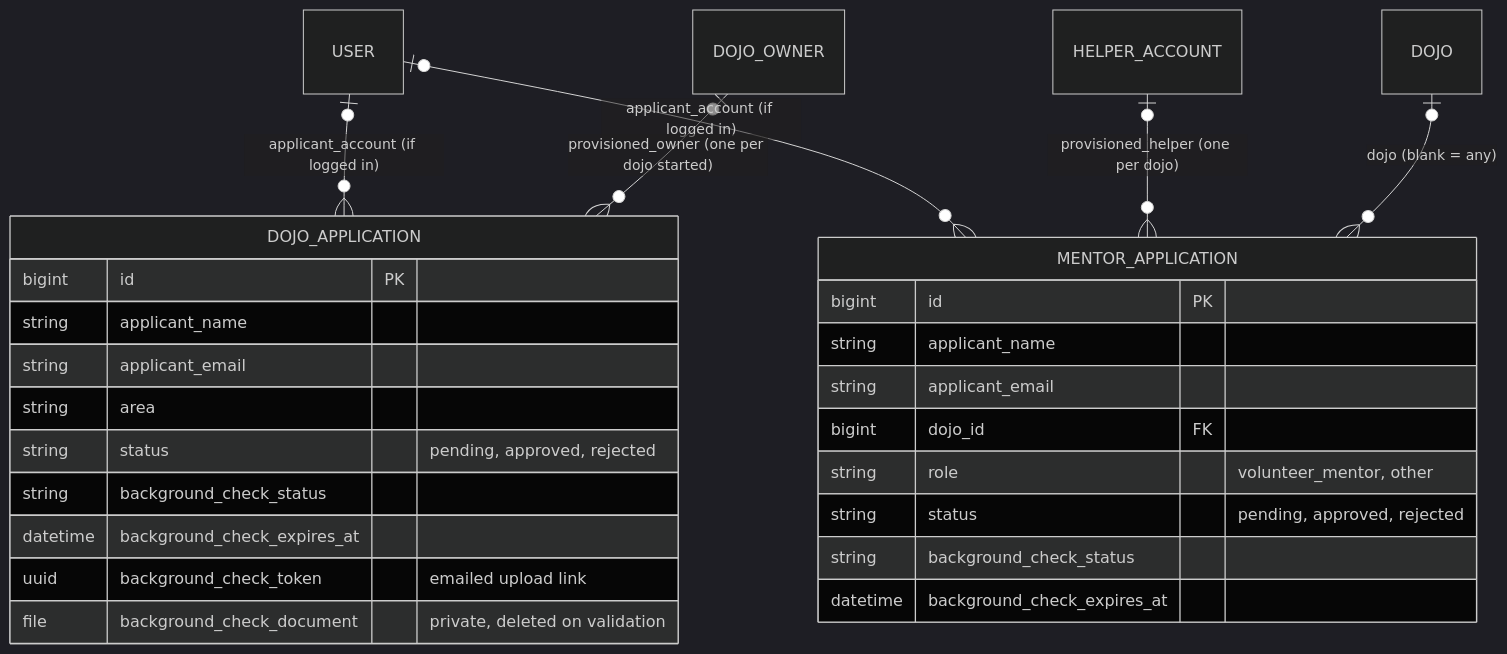
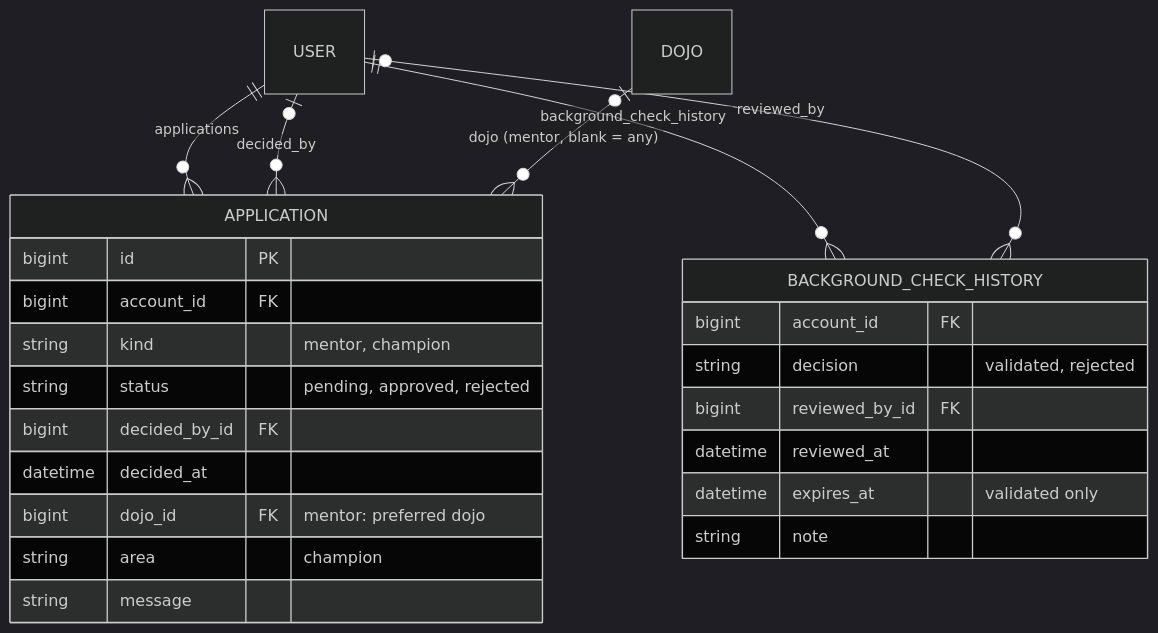
One commit to DoublG/coderdojo-event-registration changed the eighth of 20 diagrams in DATA_MODEL.md. Above: the diagram before and after it, drawn with Mermaid (dark theme). The commit also changed other lines of this file and 56 other files, not shown here.

````diff
--- a/DATA_MODEL.md
+++ b/DATA_MODEL.md
@@ -360,30 +348,28 @@
 ```mermaid
 erDiagram
-    USER |o--o{ DOJO_APPLICATION : "applicant_account (if logged in)"
-    USER |o--o{ MENTOR_APPLICATION : "applicant_account (if logged in)"
-    DOJO_OWNER |o--o{ DOJO_APPLICATION : "provisioned_owner (one per dojo started)"
-    HELPER_ACCOUNT |o--o{ MENTOR_APPLICATION : "provisioned_helper (one per dojo)"
-    DOJO |o--o{ MENTOR_APPLICATION : "dojo (blank = any)"
+    USER ||--o{ APPLICATION : "applications"
+    USER ||--o{ BACKGROUND_CHECK_HISTORY : "background_check_history"
+    USER |o--o{ BACKGROUND_CHECK_HISTORY : "reviewed_by"
+    USER |o--o{ APPLICATION : "decided_by"
+    DOJO |o--o{ APPLICATION : "dojo (mentor, blank = any)"
 
-    DOJO_APPLICATION {
+    APPLICATION {
         bigint id PK
-        string applicant_name
-        string applicant_email
-        string area
+        bigint account_id FK
+        string kind "mentor, champion"
         string status "pending, approved, rejected"
-        string background_check_status
-        datetime background_check_expires_at
-        uuid background_check_token "emailed upload link"
-        file background_check_document "private, deleted on validation"
+        bigint decided_by_id FK
+        datetime decided_at
+        bigint dojo_id FK "mentor: preferred dojo"
+        string area "champion"
+        string message
     }
-    MENTOR_APPLICATION {
-        bigint id PK
-        string applicant_name
-        string applicant_email
-        bigint dojo_id FK
-        string role "volunteer_mentor, other"
-        string status "pending, approved, rejected"
-        string background_check_status
-        datetime background_check_expires_at
+    BACKGROUND_CHECK_HISTORY {
+        bigint account_id FK
+        string decision "validated, rejected"
+        bigint reviewed_by_id FK
+        datetime reviewed_at
+        datetime expires_at "validated only"
+        string note
     }
 ```
````
